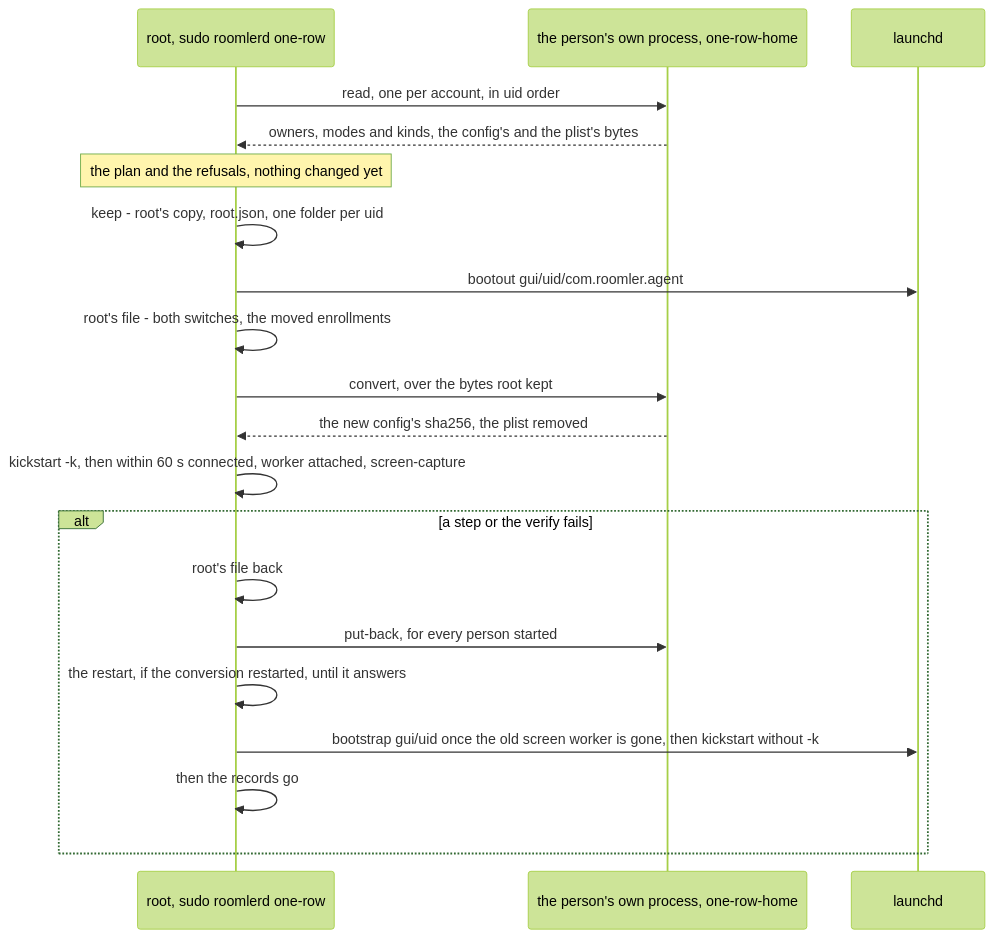
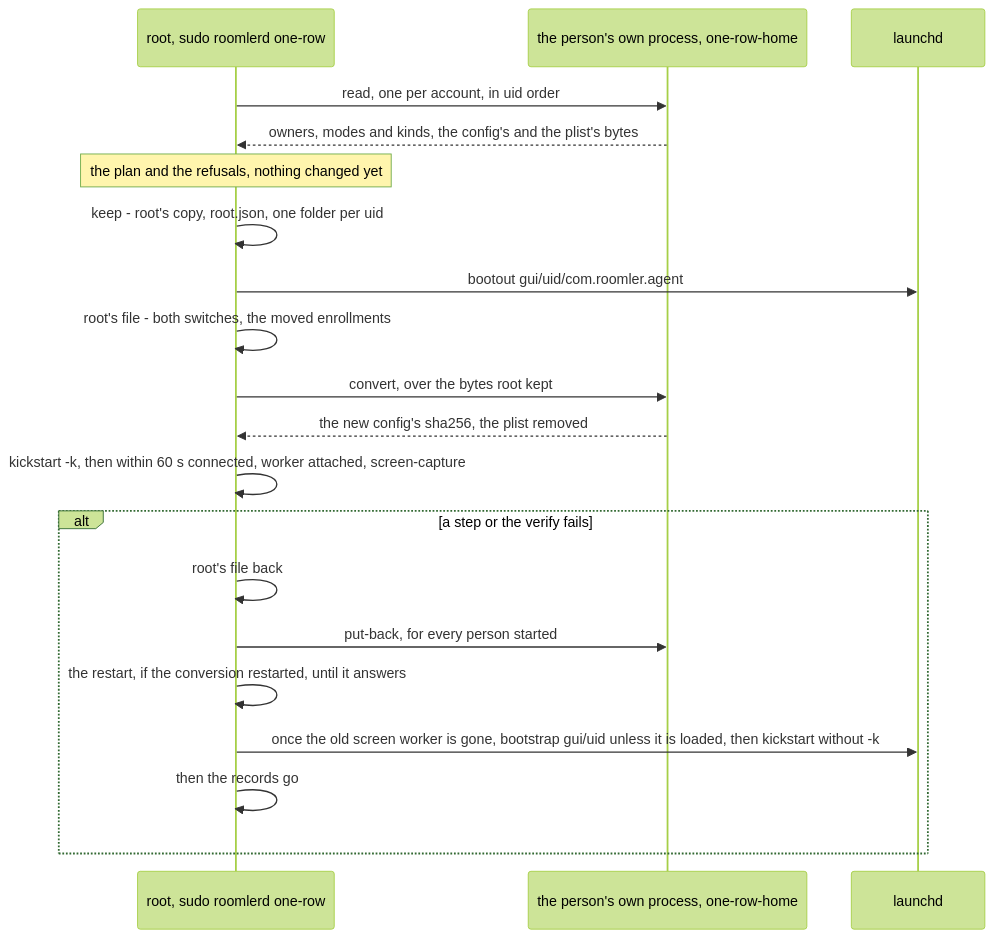
Diagram 24 of 30 in docs/installation.md (gjovanov/roomler-ai), drawn with Mermaid (forest theme) before and after one commit. The commit also changed other lines of this file and 1 other file, not shown here.

First line of the commit message:
docs(fr-147): --revert and the undo never bootstrap a loaded LaunchAgent (#4227)

````diff
--- a/docs/installation.md
+++ b/docs/installation.md
@@ -2927,22 +2927,22 @@
 ```mermaid
 sequenceDiagram
     participant R as root, sudo roomlerd one-row
     participant C as the person's own process, one-row-home
     participant D as launchd
     R->>C: read, one per account, in uid order
     C-->>R: owners, modes and kinds, the config's and the plist's bytes
     Note over R: the plan and the refusals, nothing changed yet
     R->>R: keep - root's copy, root.json, one folder per uid
     R->>D: bootout gui/uid/com.roomler.agent
     R->>R: root's file - both switches, the moved enrollments
     R->>C: convert, over the bytes root kept
     C-->>R: the new config's sha256, the plist removed
     R->>R: kickstart -k, then within 60 s connected, worker attached, screen-capture
     alt a step or the verify fails
         R->>R: root's file back
         R->>C: put-back, for every person started
         R->>R: the restart, if the conversion restarted, until it answers
-        R->>D: bootstrap gui/uid once the old screen worker is gone, then kickstart without -k
+        R->>D: once the old screen worker is gone, bootstrap gui/uid unless it is loaded, then kickstart without -k
         R->>R: then the records go
     end
 ```
````
